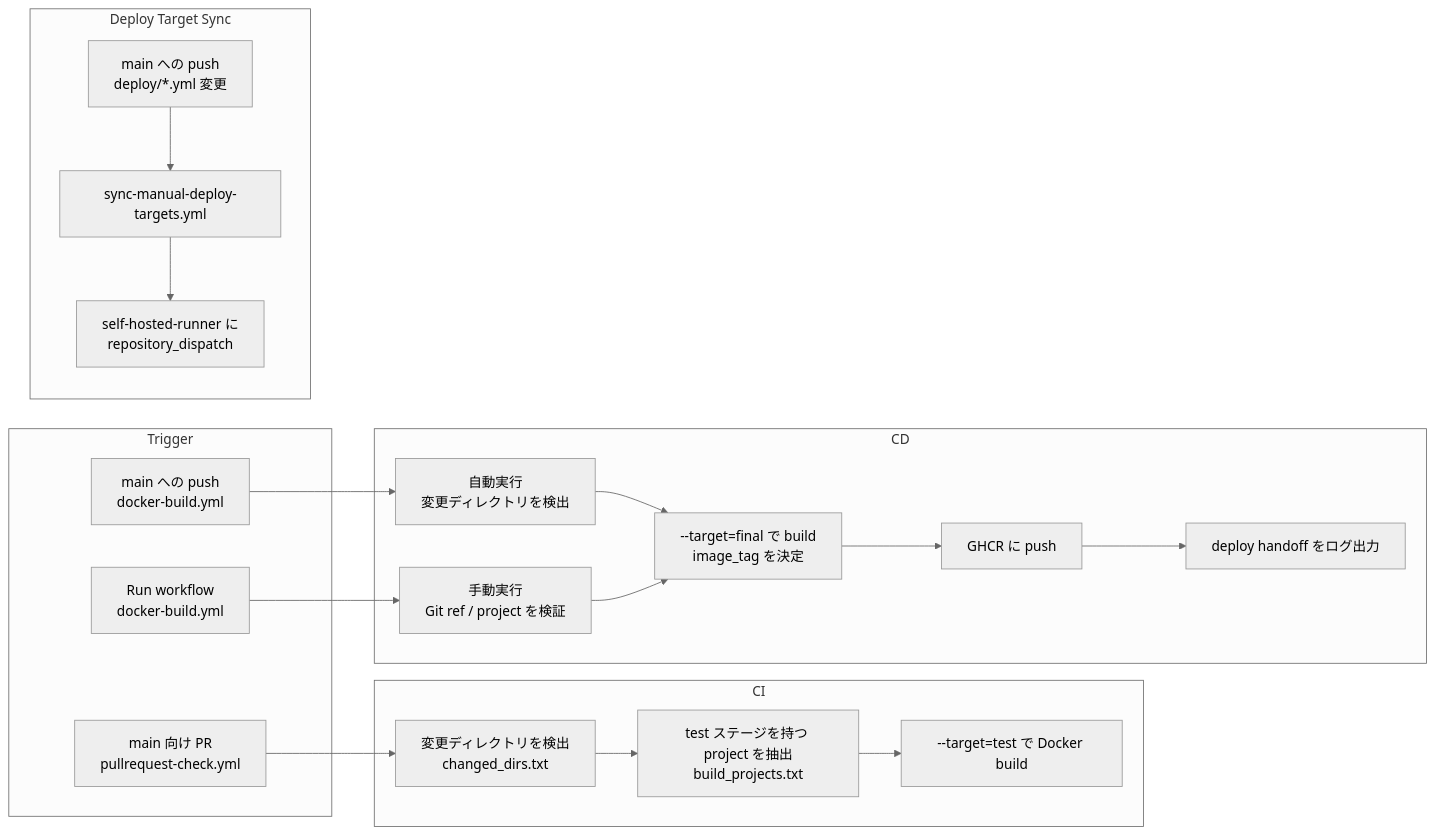
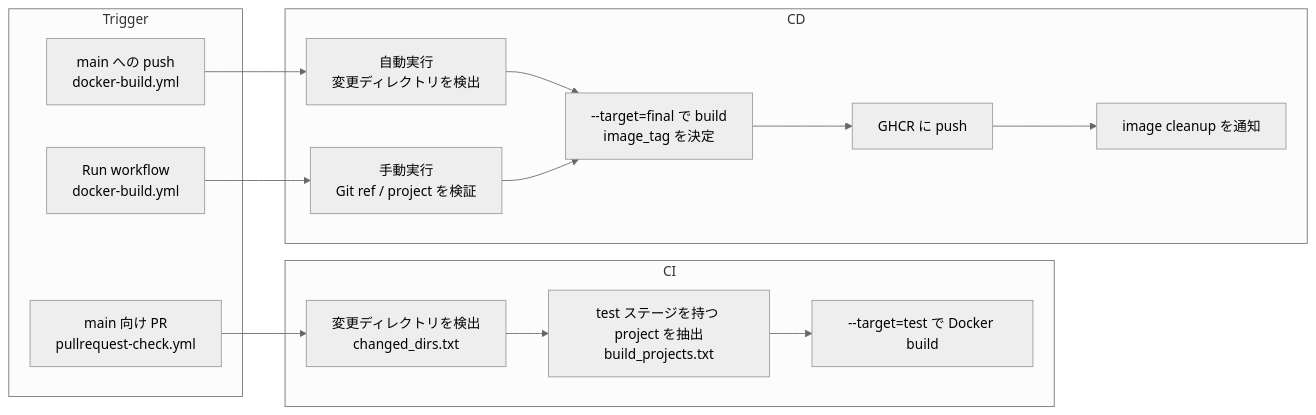
The first of 5 diagrams in docs/about-cicd.md (u7chan/monorepo), drawn with Mermaid (neutral theme) before and after one commit. The commit also changed other lines of this file and 20 other files, not shown here.

````diff
--- a/docs/about-cicd.md
+++ b/docs/about-cicd.md
@@ -12,43 +12,34 @@
 ```mermaid
 flowchart LR
   subgraph Trigger["Trigger"]
     PR["main 向け PR<br/>pullrequest-check.yml"]
     PUSH["main への push<br/>docker-build.yml"]
     MANUAL["Run workflow<br/>docker-build.yml"]
   end
 
   subgraph CI["CI"]
     CI_DIRS["変更ディレクトリを検出<br/>changed_dirs.txt"]
     CI_PROJECTS["test ステージを持つ project を抽出<br/>build_projects.txt"]
     CI_BUILD["--target=test で Docker build"]
 
     CI_DIRS --> CI_PROJECTS
     CI_PROJECTS --> CI_BUILD
   end
 
   subgraph CD["CD"]
     CD_AUTO["自動実行<br/>変更ディレクトリを検出"]
     CD_MANUAL["手動実行<br/>Git ref / project を検証"]
     CD_BUILD["--target=final で build<br/>image_tag を決定"]
     GHCR["GHCR に push"]
-    HANDOFF["deploy handoff をログ出力"]
+    CLEANUP["image cleanup を通知"]
 
     CD_AUTO --> CD_BUILD
     CD_MANUAL --> CD_BUILD
     CD_BUILD --> GHCR
-    GHCR --> HANDOFF
-  end
-
-  subgraph SYNC["Deploy Target Sync"]
-    DEPLOY_PUSH["main への push<br/>deploy/*.yml 変更"]
-    DISPATCH["sync-manual-deploy-targets.yml"]
-    SELF_HOSTED["self-hosted-runner に<br/>repository_dispatch"]
-
-    DEPLOY_PUSH --> DISPATCH
-    DISPATCH --> SELF_HOSTED
+    GHCR --> CLEANUP
   end
 
   PR --> CI_DIRS
   PUSH --> CD_AUTO
   MANUAL --> CD_MANUAL
 ```
````
